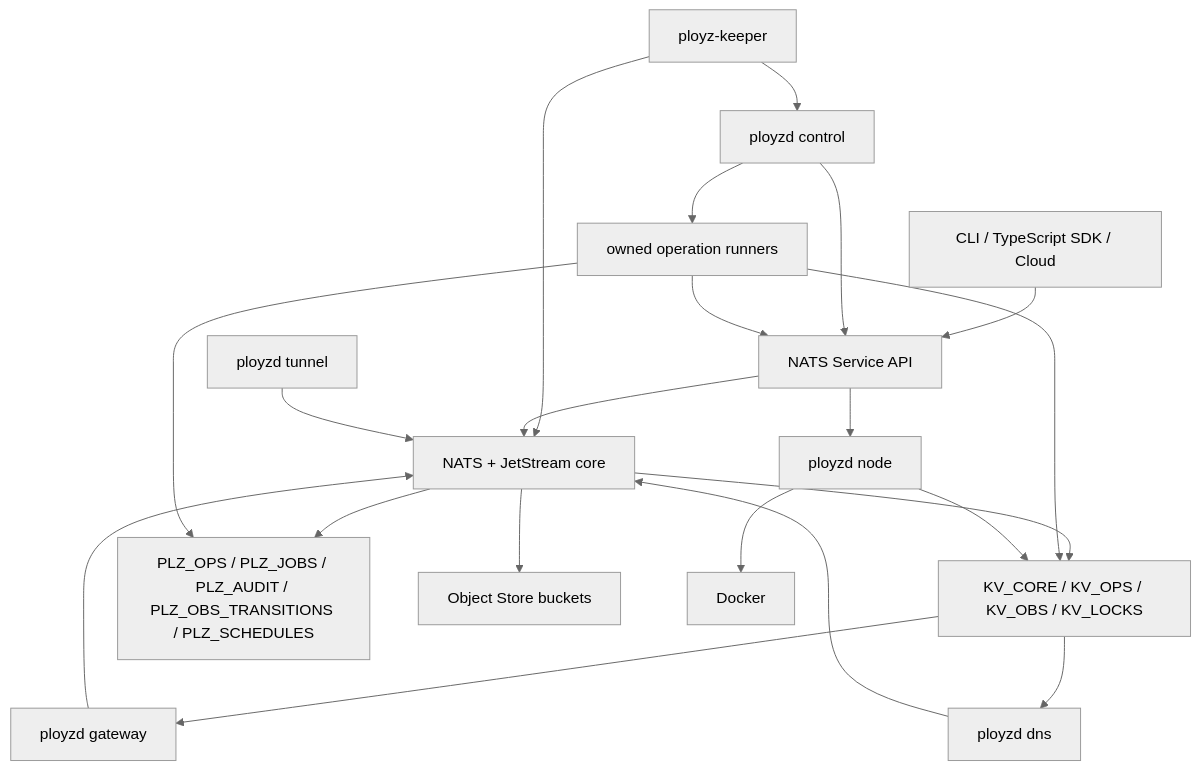
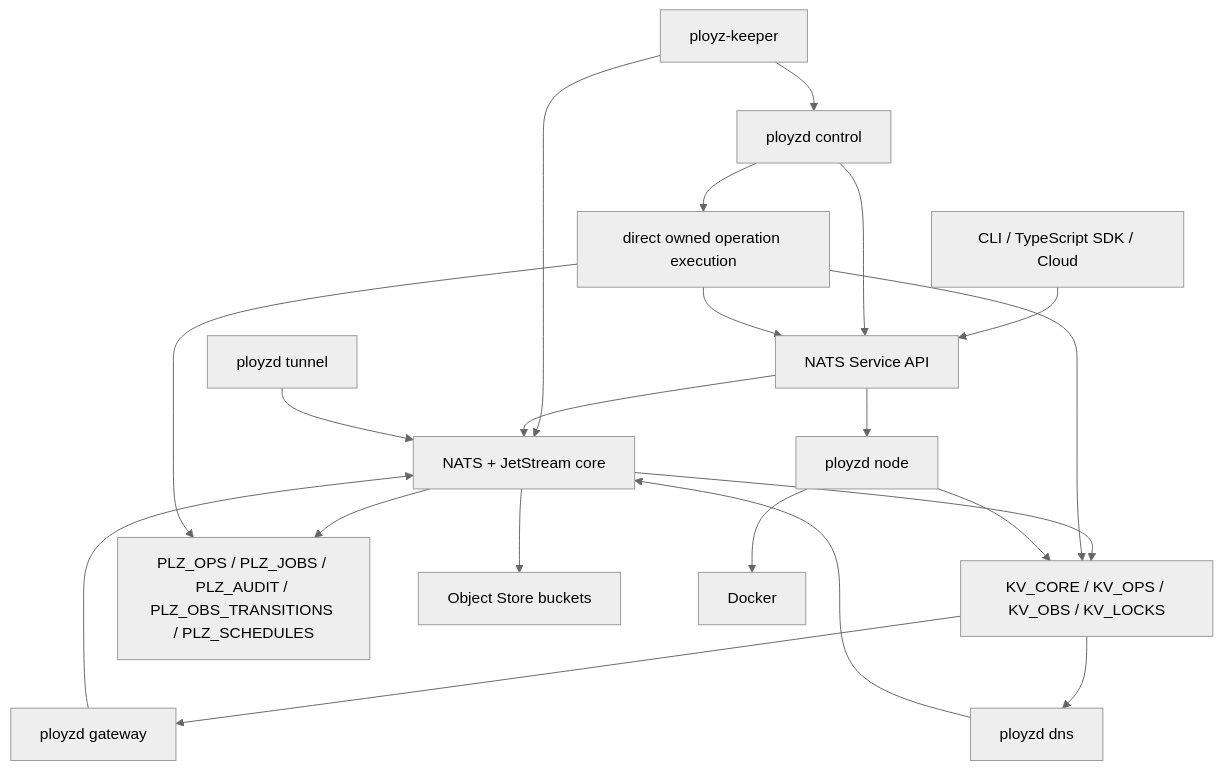
One commit to getployz/ployz changed the first of 2 diagrams in docs/plans/2026-06-04-001-refactor-nats-greenfield-control-plane-plan.md. Above: the diagram before and after it, drawn with Mermaid (neutral theme). The commit also changed other lines of this file and 19 other files, not shown here.

Commit message:
refactor: simplify deploy operation flow

````diff
--- a/docs/plans/2026-06-04-001-refactor-nats-greenfield-control-plane-plan.md
+++ b/docs/plans/2026-06-04-001-refactor-nats-greenfield-control-plane-plan.md
@@ -433,38 +433,38 @@
 ```mermaid
 flowchart TB
   CLI["CLI / TypeScript SDK / Cloud"]
   Keeper["ployz-keeper"]
   PloyzdControl["ployzd control"]
   NATS["NATS + JetStream core"]
   Services["NATS Service API"]
   KV["KV_CORE / KV_OPS / KV_OBS / KV_LOCKS"]
   Streams["PLZ_OPS / PLZ_JOBS / PLZ_AUDIT / PLZ_OBS_TRANSITIONS / PLZ_SCHEDULES"]
   Objects["Object Store buckets"]
-  OwnedOps["owned operation runners"]
+  DirectOps["direct owned operation execution"]
   Agents["ployzd node"]
   Docker["Docker"]
   Gateway["ployzd gateway"]
   DNS["ployzd dns"]
   Tunnel["ployzd tunnel"]
 
   CLI --> Services
   Keeper --> NATS
   Keeper --> PloyzdControl
   PloyzdControl --> Services
   Services --> NATS
   NATS --> KV
   NATS --> Streams
   NATS --> Objects
-  PloyzdControl --> OwnedOps
-  OwnedOps --> KV
-  OwnedOps --> Streams
-  OwnedOps --> Services
+  PloyzdControl --> DirectOps
+  DirectOps --> KV
+  DirectOps --> Streams
+  DirectOps --> Services
   Services --> Agents
   Agents --> Docker
   Agents --> KV
   Gateway --> NATS
   DNS --> NATS
   Tunnel --> NATS
   KV --> Gateway
   KV --> DNS
 ```
````
